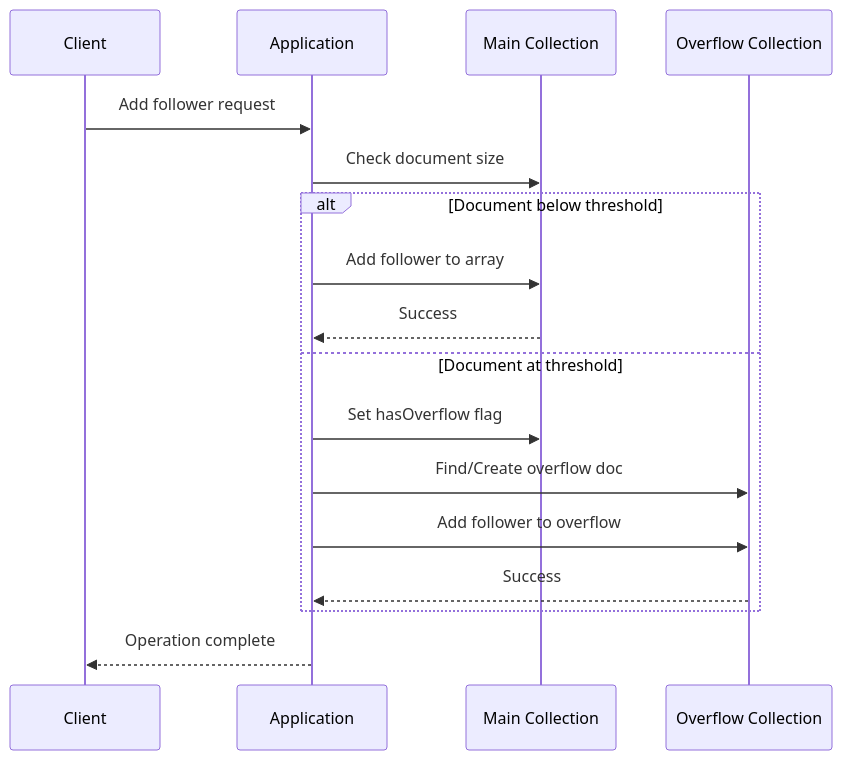
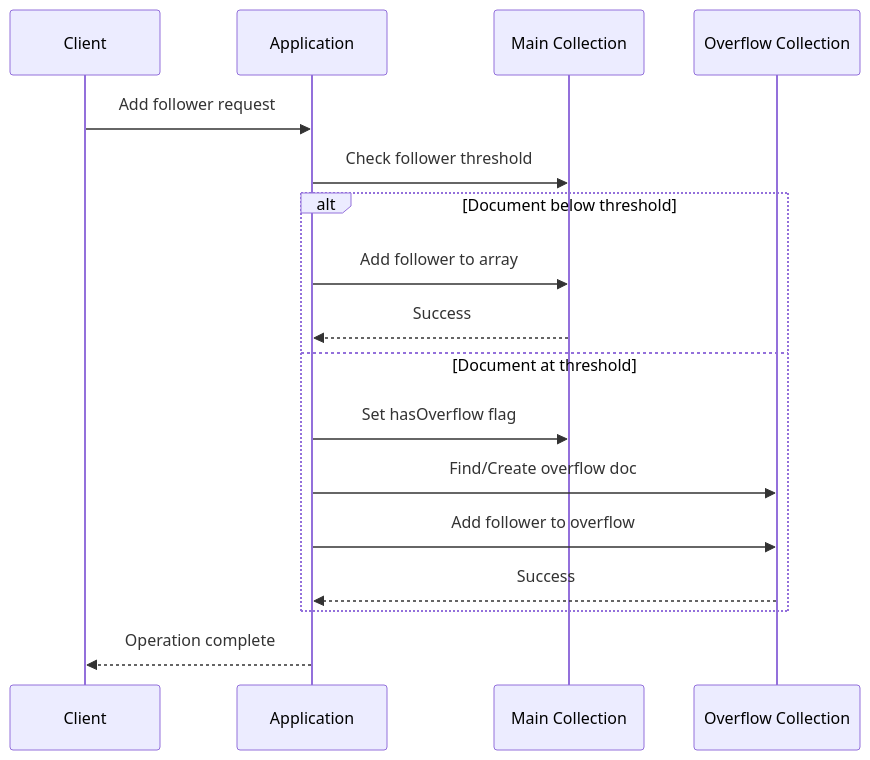
The third of 4 diagrams in posts/2026-01-30-mongodb-outlier-patterns/README.md (OneUptime/blog), drawn with Mermaid before and after one commit. The commit also changed other lines of this file and 2 other files, not shown here.

````diff
--- a/posts/2026-01-30-mongodb-outlier-patterns/README.md
+++ b/posts/2026-01-30-mongodb-outlier-patterns/README.md
@@ -228,22 +249,22 @@
 ```mermaid
 sequenceDiagram
     participant C as Client
     participant A as Application
     participant M as Main Collection
     participant O as Overflow Collection
 
     C->>A: Add follower request
-    A->>M: Check document size
+    A->>M: Check follower threshold
 
     alt Document below threshold
         A->>M: Add follower to array
         M-->>A: Success
     else Document at threshold
         A->>M: Set hasOverflow flag
         A->>O: Find/Create overflow doc
         A->>O: Add follower to overflow
         O-->>A: Success
     end
 
     A-->>C: Operation complete
 ```
````
